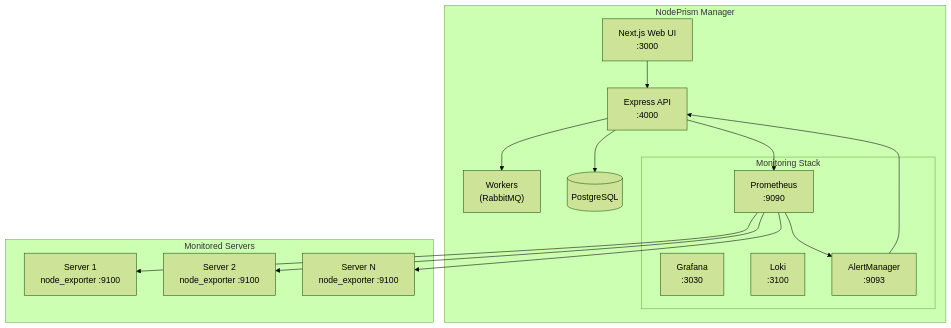
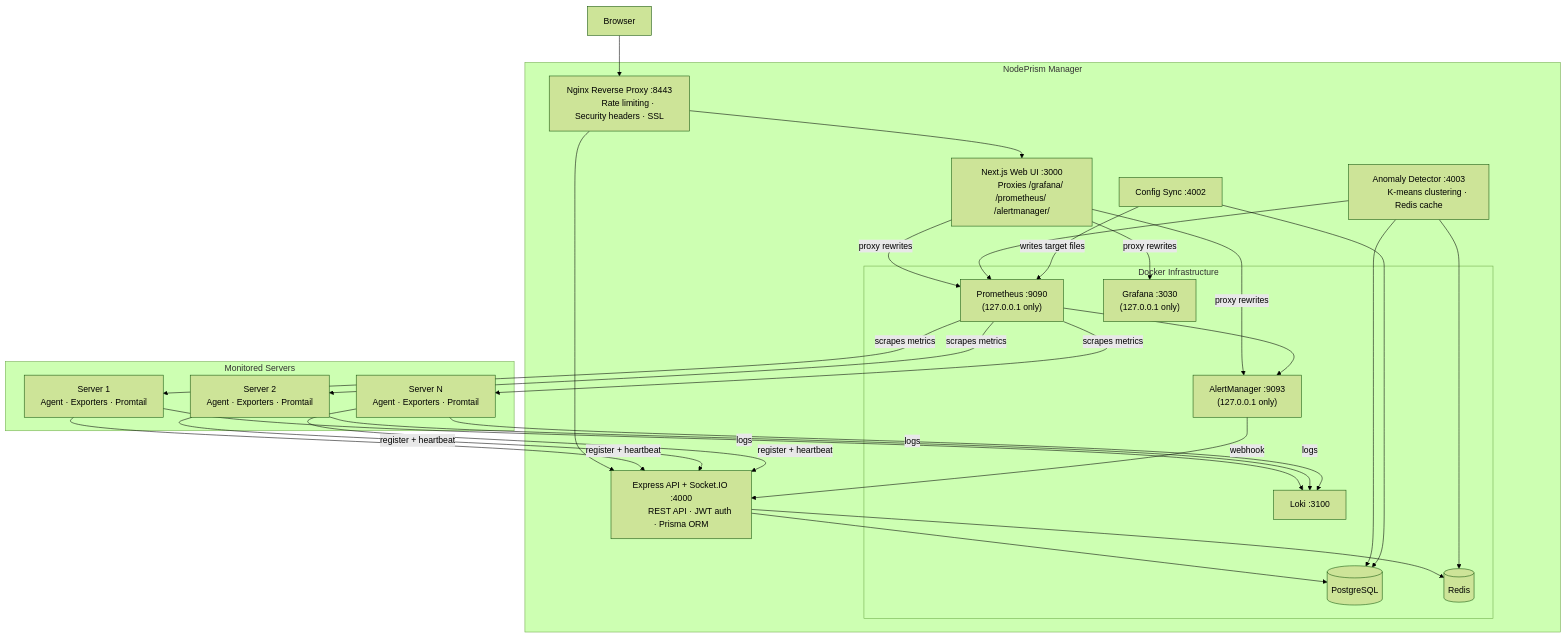
The first of 5 diagrams in docs-site/docs/architecture/overview.md (digin1/NodePrism), drawn with Mermaid (forest theme) before and after one commit. The commit also changed other lines of this file and 6 other files, not shown here.

````diff
--- a/docs-site/docs/architecture/overview.md
+++ b/docs-site/docs/architecture/overview.md
@@ -11,43 +12,66 @@
 ```mermaid
 flowchart TB
+    Browser["Browser"]
+
     subgraph Manager["NodePrism Manager"]
-        Web["Next.js Web UI
-:3000"]
-        API["Express API
-:4000"]
-        Workers["Workers
-(RabbitMQ)"]
-        DB[(PostgreSQL)]
+        Proxy["Nginx Reverse Proxy :8443
+        Rate limiting · Security headers · SSL"]
+        Web["Next.js Web UI :3000
+        Proxies /grafana/ /prometheus/ /alertmanager/"]
+        API["Express API + Socket.IO :4000
+        REST API · JWT auth · Prisma ORM"]
+        CS["Config Sync :4002"]
+        AD["Anomaly Detector :4003
+        K-means clustering · Redis cache"]
 
-        subgraph Monitoring["Monitoring Stack"]
-            Prometheus["Prometheus
-:9090"]
-            Grafana["Grafana
-:3030"]
-            Loki["Loki
-:3100"]
-            AlertMgr["AlertManager
-:9093"]
+        subgraph Docker["Docker Infrastructure"]
+            Prometheus["Prometheus :9090
+            (127.0.0.1 only)"]
+            Grafana["Grafana :3030
+            (127.0.0.1 only)"]
+            AM["AlertManager :9093
+            (127.0.0.1 only)"]
+            Loki["Loki :3100"]
+            DB[(PostgreSQL)]
+            Redis[(Redis)]
         end
     end
 
     subgraph Servers["Monitored Servers"]
         S1["Server 1
-node_exporter :9100"]
+        Agent · Exporters · Promtail"]
         S2["Server 2
-node_exporter :9100"]
+        Agent · Exporters · Promtail"]
         SN["Server N
-node_exporter :9100"]
+        Agent · Exporters · Promtail"]
     end
 
-    Web --> API
-    API --> Workers
+    Browser --> Proxy
+    Proxy --> Web
+    Proxy --> API
+    Web -->|"proxy rewrites"| Grafana
+    Web -->|"proxy rewrites"| Prometheus
+    Web -->|"proxy rewrites"| AM
+
     API --> DB
-    API --> Prometheus
+    API --> Redis
+    AD --> Prometheus
+    AD --> Redis
+    AD --> DB
+    CS --> DB
+    CS -->|"writes target files"| Prometheus
 
-    Prometheus --> S1
-    Prometheus --> S2
-    Prometheus --> SN
-    Prometheus --> AlertMgr
-    AlertMgr --> API
+    Prometheus -->|"scrapes metrics"| S1
+    Prometheus -->|"scrapes metrics"| S2
+    Prometheus -->|"scrapes metrics"| SN
+    Prometheus --> AM
+    AM -->|"webhook"| API
+
+    S1 -->|"register + heartbeat"| API
+    S2 -->|"register + heartbeat"| API
+    SN -->|"register + heartbeat"| API
+
+    S1 -->|"logs"| Loki
+    S2 -->|"logs"| Loki
+    SN -->|"logs"| Loki
 ```
````
